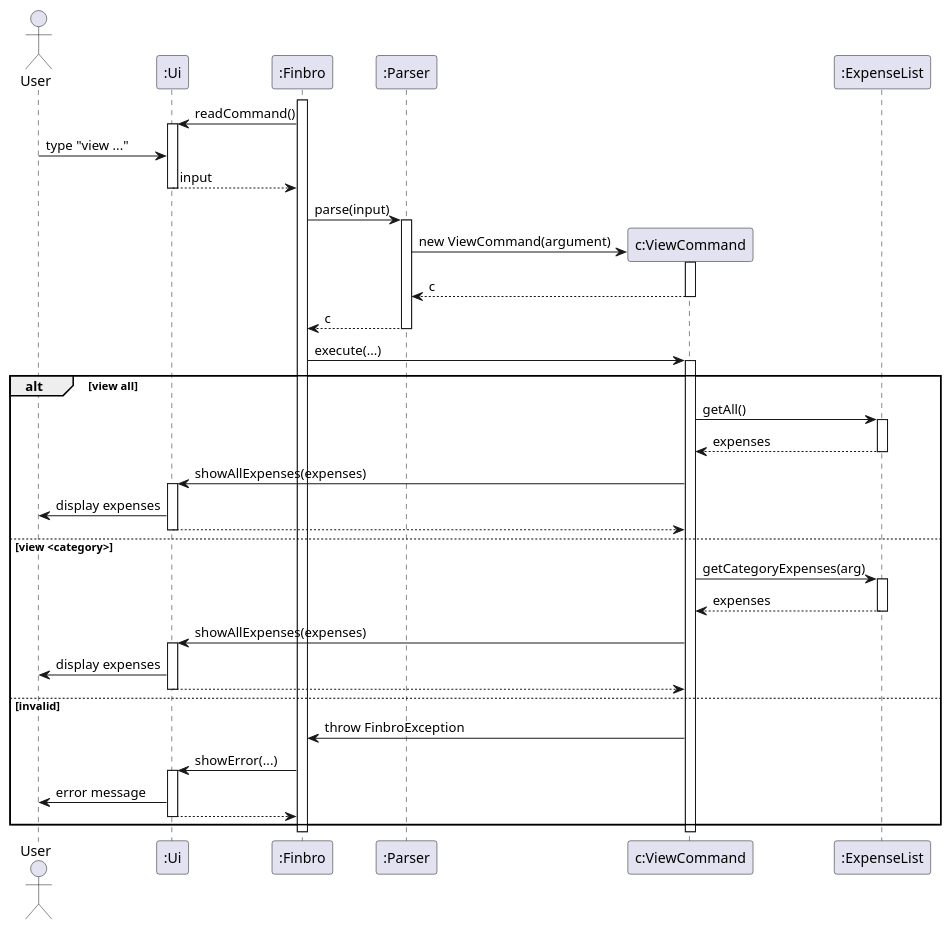
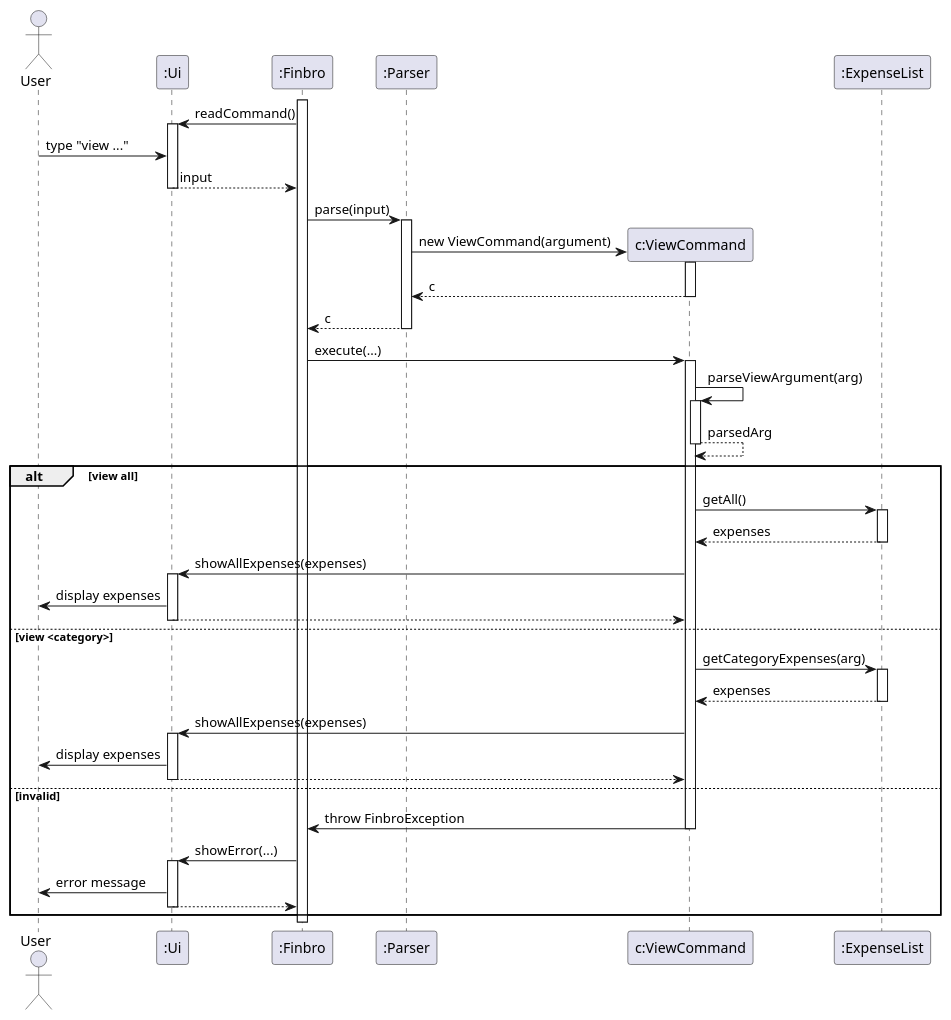
The diagram in docs/UML_diagrams/ViewCommand.puml (zihaoalt/tp), drawn with PlantUML before and after one commit. The commit also changed 3 other files, not shown here.

Commit message:
fix on sequence diagram on view

```diff
--- a/docs/UML_diagrams/ViewCommand.puml
+++ b/docs/UML_diagrams/ViewCommand.puml
@@ -1,61 +1,67 @@
 @startuml ViewCommand
 'https://plantuml.com/sequence-diagram
 actor User
 
 participant ":Ui"
 participant ":Finbro"
 participant ":Parser"
 participant "c:ViewCommand"
 participant ":ExpenseList"
 
 
 activate ":Finbro"
 ":Finbro" -> ":Ui" ++ : readCommand()
 User -> ":Ui" : type "view ..."
 ":Ui" --> ":Finbro" : input
 deactivate ":Ui"
 
 ":Finbro" -> ":Parser" : parse(input)
 activate ":Parser"
 
 
 create "c:ViewCommand"
 ":Parser" -> "c:ViewCommand" : new ViewCommand(argument)
 activate "c:ViewCommand"
 return c
 return c
 
 ":Finbro" -> "c:ViewCommand" : execute(...)
 activate "c:ViewCommand"
 
+"c:ViewCommand" -> "c:ViewCommand" : parseViewArgument(arg)
+activate "c:ViewCommand"
+"c:ViewCommand" --> "c:ViewCommand" : parsedArg
+deactivate "c:ViewCommand"
+
 alt view all
     "c:ViewCommand" -> ":ExpenseList" : getAll()
     activate ":ExpenseList"
     return expenses
     "c:ViewCommand" -> ":Ui" : showAllExpenses(expenses)
     activate ":Ui"
     ":Ui" -> User : display expenses
     return
 
 else view <category>
     "c:ViewCommand" -> ":ExpenseList" : getCategoryExpenses(arg)
     activate ":ExpenseList"
     return expenses
     "c:ViewCommand" -> ":Ui" : showAllExpenses(expenses)
     activate ":Ui"
     ":Ui" -> User : display expenses
     return
 
 else invalid
     "c:ViewCommand" -> ":Finbro" : throw FinbroException
+    deactivate "c:ViewCommand"
     ":Finbro" -> ":Ui" : showError(...)
     activate ":Ui"
     ":Ui" -> User : error message
     return
 end
 
 deactivate "c:ViewCommand"
 deactivate ":Finbro"
 deactivate ":Ui"
 
 @enduml
```
